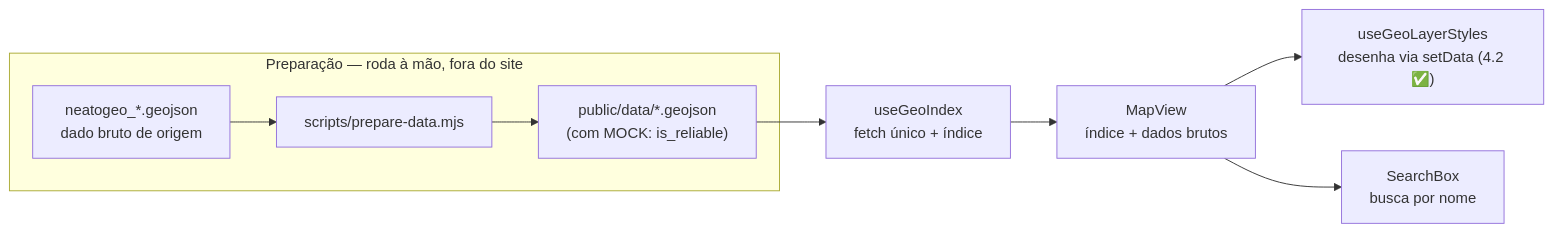
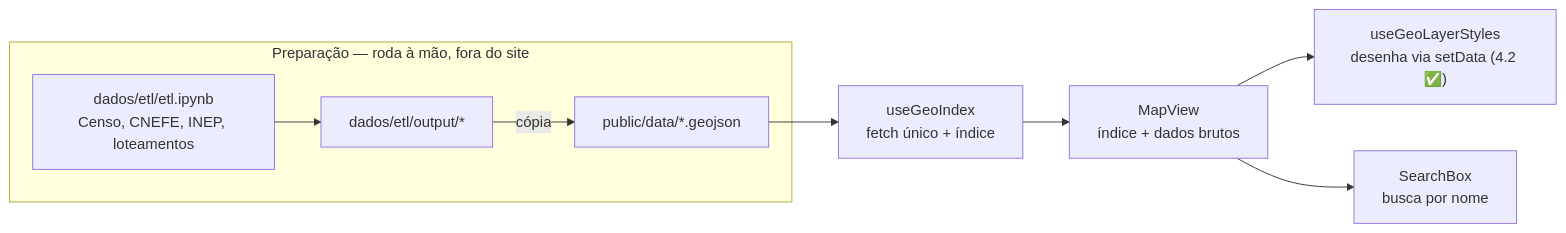
The fourth of 11 diagrams in docs/GUIA-DO-PROJETO.md (pedrovitorsilva/tcc_teste), drawn with Mermaid before and after one commit. The commit also changed other lines of this file and 23 other files, not shown here.

First line of the commit message:
feat: frontend lê os dados do ETL, com ficha completa

````diff
--- a/docs/GUIA-DO-PROJETO.md
+++ b/docs/GUIA-DO-PROJETO.md
@@ -193,11 +193,11 @@
 ```mermaid
 flowchart LR
     subgraph prep["Preparação — roda à mão, fora do site"]
-        raw["neatogeo_*.geojson<br/>dado bruto de origem"] --> script["scripts/prepare-data.mjs"]
-        script --> pub["public/data/*.geojson<br/>(com MOCK: is_reliable)"]
+        etl["dados/etl/etl.ipynb<br/>Censo, CNEFE, INEP, loteamentos"] --> out["dados/etl/output/*"]
+        out -->|cópia| pub["public/data/*.geojson"]
     end
     pub --> hook["useGeoIndex<br/>fetch único + índice"]
     hook --> mv["MapView<br/>índice + dados brutos"]
     mv --> ml["useGeoLayerStyles<br/>desenha via setData (4.2 ✅)"]
     mv --> busca["SearchBox<br/>busca por nome"]
 ```
````
